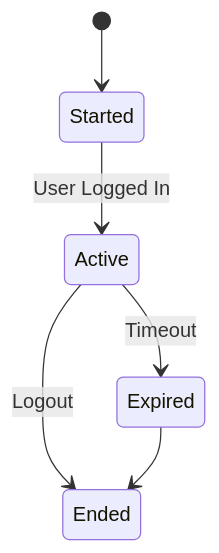
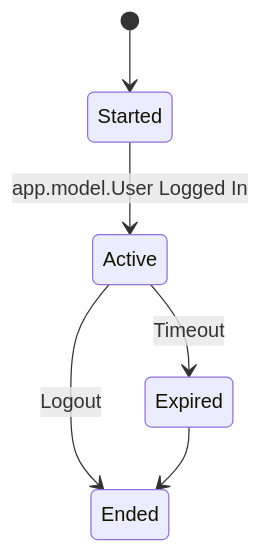
One commit to Leonard-CM/student-assignment-tracker changed the sixth of 7 diagrams in state_diagrams.md. Above: the diagram before and after it, drawn with Mermaid. The commit also changed other lines of this file and 79 other files, not shown here.

````diff
--- a/state_diagrams.md
+++ b/state_diagrams.md
@@ -130,8 +130,8 @@
 ```mermaid
 stateDiagram-v2
 [*] --> Started
-Started --> Active : User Logged In
+Started --> Active : app.model.User Logged In
 Active --> Expired : Timeout
 Active --> Ended : Logout
 Expired --> Ended
 ```
````
